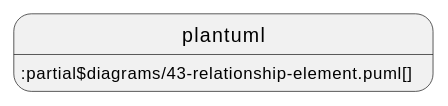
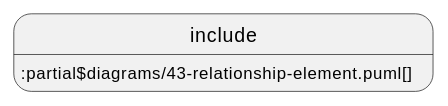
Diagram 16 of 18 in documentation/IDTA-01001/modules/ROOT/pages/spec-metamodel/submodel-elements.adoc (acplt/aas-specs), drawn with PlantUML before and after one commit. The commit also changed other lines of this file and 14 other files, not shown here.

First line of the commit message:
Revert "Use plantuml instead of include and test ./"

```diff
--- a/documentation/IDTA-01001/modules/ROOT/pages/spec-metamodel/submodel-elements.adoc
+++ b/documentation/IDTA-01001/modules/ROOT/pages/spec-metamodel/submodel-elements.adoc
@@ -741,4 +741,4 @@
 [plantuml, 43-relationship-element, svg]
 ....
-plantuml::partial$diagrams/43-relationship-element.puml[]
+include::partial$diagrams/43-relationship-element.puml[]
 ....
```
